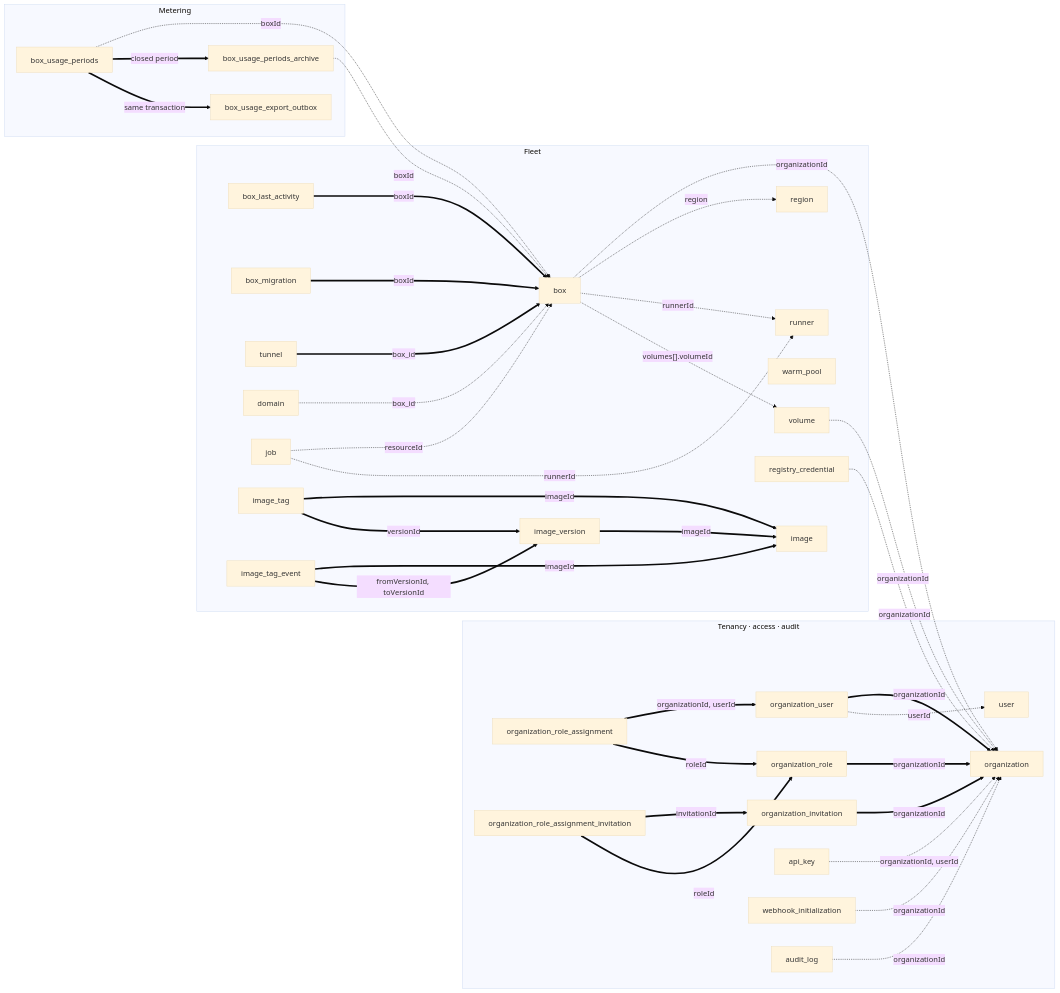
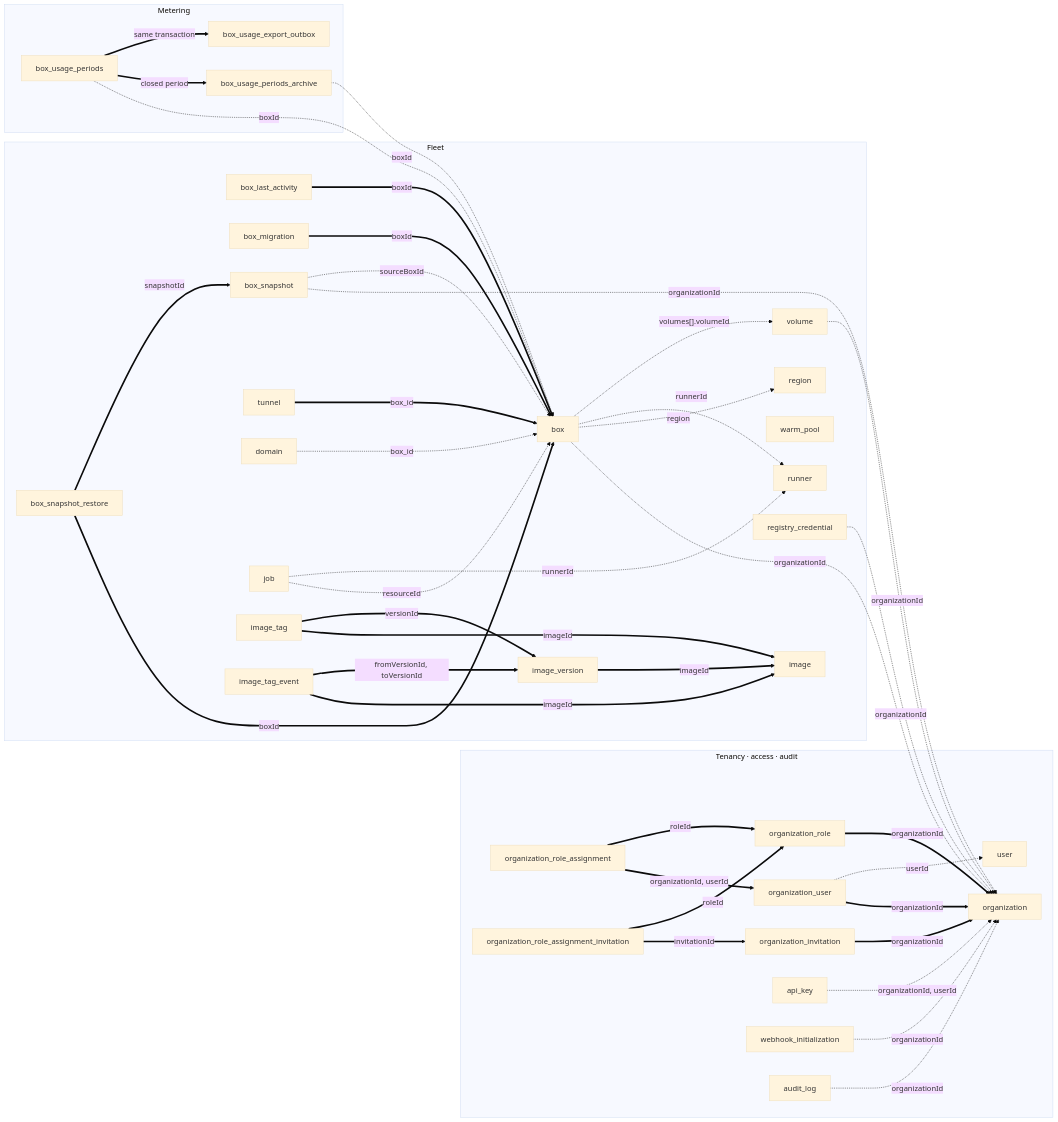
Before and after one commit to boxlite-ai/boxlite: the diagram in apps/SCHEMA.md, drawn with Mermaid (base theme). The commit also changed other lines of this file and 229 other files, not shown here.

````diff
--- a/apps/SCHEMA.md
+++ b/apps/SCHEMA.md
@@ -34,73 +34,79 @@
 ```mermaid
 flowchart LR
     subgraph tenancy["Tenancy · access · audit"]
         t_org["organization"]
         t_orguser["organization_user"]
         t_role["organization_role"]
         t_invite["organization_invitation"]
         t_assign["organization_role_assignment"]
         t_assigninv["organization_role_assignment_invitation"]
         t_user["user"]
         t_apikey["api_key"]
         t_webhook["webhook_initialization"]
         t_audit["audit_log"]
     end
 
     subgraph fleet["Fleet"]
         t_box["box"]
         t_activity["box_last_activity"]
         t_migration["box_migration"]
+        t_snapshot["box_snapshot"]
+        t_restore["box_snapshot_restore"]
         t_tunnel["tunnel"]
         t_domain["domain"]
         t_runner["runner"]
         t_region["region"]
         t_volume["volume"]
         t_job["job"]
         t_warm["warm_pool"]
         t_image["image"]
         t_imgver["image_version"]
         t_imgtag["image_tag"]
         t_imgevent["image_tag_event"]
         t_regcred["registry_credential"]
     end
 
     subgraph metering["Metering"]
         t_period["box_usage_periods"]
         t_archive["box_usage_periods_archive"]
         t_outbox["box_usage_export_outbox"]
     end
 
     t_orguser ==>|"organizationId"| t_org
     t_role ==>|"organizationId"| t_org
     t_invite ==>|"organizationId"| t_org
     t_assign ==>|"organizationId, userId"| t_orguser
     t_assign ==>|"roleId"| t_role
     t_assigninv ==>|"invitationId"| t_invite
     t_assigninv ==>|"roleId"| t_role
     t_activity ==>|"boxId"| t_box
     t_migration ==>|"boxId"| t_box
+    t_restore ==>|"boxId"| t_box
+    t_restore ==>|"snapshotId"| t_snapshot
     t_tunnel ==>|"box_id"| t_box
     t_domain -.->|"box_id"| t_box
     t_imgver ==>|"imageId"| t_image
     t_imgtag ==>|"imageId"| t_image
     t_imgtag ==>|"versionId"| t_imgver
     t_imgevent ==>|"imageId"| t_image
     t_imgevent ==>|"fromVersionId, toVersionId"| t_imgver
 
     t_orguser -.->|"userId"| t_user
     t_apikey -.->|"organizationId, userId"| t_org
     t_webhook -.->|"organizationId"| t_org
     t_audit -.->|"organizationId"| t_org
     t_box -.->|"organizationId"| t_org
     t_box -.->|"region"| t_region
     t_box -.->|"runnerId"| t_runner
     t_box -.->|"volumes[].volumeId"| t_volume
     t_volume -.->|"organizationId"| t_org
+    t_snapshot -.->|"organizationId"| t_org
+    t_snapshot -.->|"sourceBoxId"| t_box
     t_regcred -.->|"organizationId"| t_org
     t_job -.->|"resourceId"| t_box
     t_job -.->|"runnerId"| t_runner
     t_period -.->|"boxId"| t_box
     t_archive -.->|"boxId"| t_box
     t_period ==>|"closed period"| t_archive
     t_period ==>|"same transaction"| t_outbox
 ```
````
